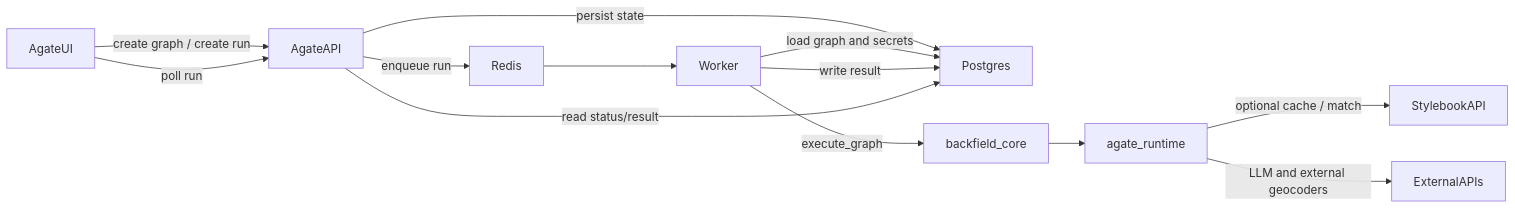
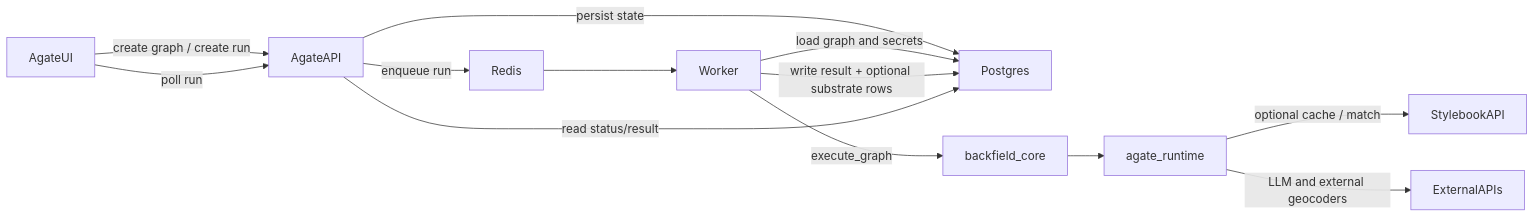
The diagram in docs/ARCHITECTURE.md (localangle/backfield), drawn with Mermaid before and after one commit. The commit also changed other lines of this file and 9 other files, not shown here.

First line of the commit message:
Persist geocode Output substrate from Agate worker.

````diff
--- a/docs/ARCHITECTURE.md
+++ b/docs/ARCHITECTURE.md
@@ -60,15 +61,15 @@
 ```mermaid
 flowchart LR
     AgateUI[AgateUI] -->|create graph / create run| AgateAPI[AgateAPI]
     AgateAPI -->|persist state| Postgres[Postgres]
     AgateAPI -->|enqueue run| Redis[Redis]
     Redis --> Worker[Worker]
     Worker -->|load graph and secrets| Postgres
     Worker -->|execute_graph| Core[backfield_core]
     Core --> Runtime[agate_runtime]
     Runtime -->|optional cache / match| StylebookAPI[StylebookAPI]
     Runtime -->|LLM and external geocoders| ExternalAPIs[ExternalAPIs]
-    Worker -->|write result| Postgres
+    Worker -->|write result + optional substrate rows| Postgres
     AgateUI -->|poll run| AgateAPI
     AgateAPI -->|read status/result| Postgres
 ```
````
